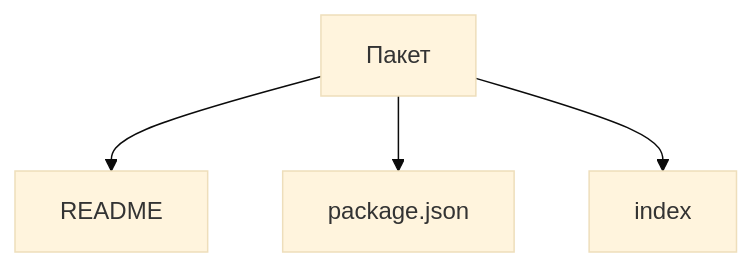
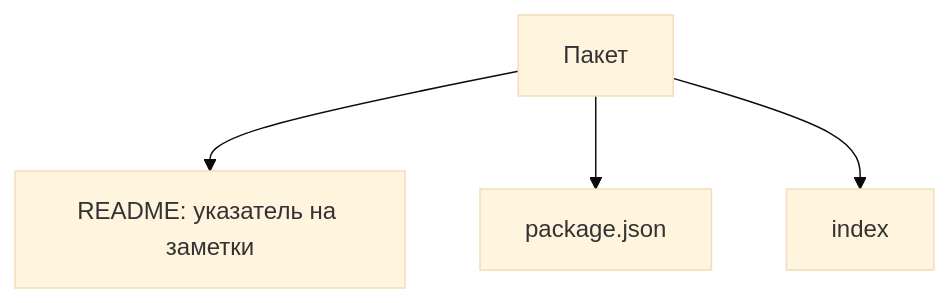
The diagram in archetypes/package/notes/structure.md (zavx0z/storybook), drawn with Mermaid (base theme) before and after one commit. The commit also changed other lines of this file and 35 other files, not shown here.

````diff
--- a/archetypes/package/notes/structure.md
+++ b/archetypes/package/notes/structure.md
@@ -9,6 +9,6 @@
 ```mermaid
 flowchart TB
-  package["Пакет"] --> readme["README"]
+  package["Пакет"] --> readme["README: указатель на заметки"]
   package --> manifest["package.json"]
   package --> entry["index"]
 ```
````
